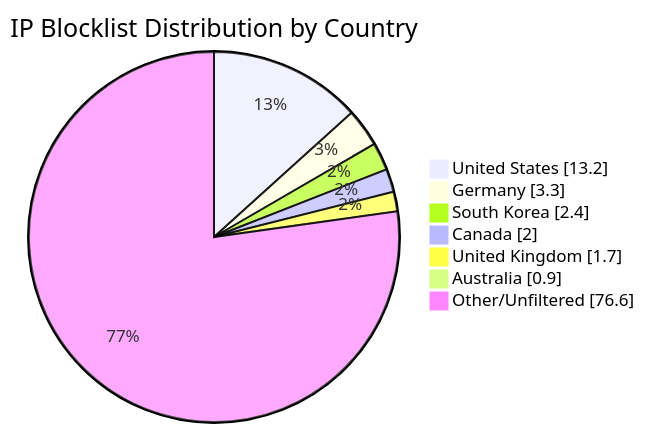
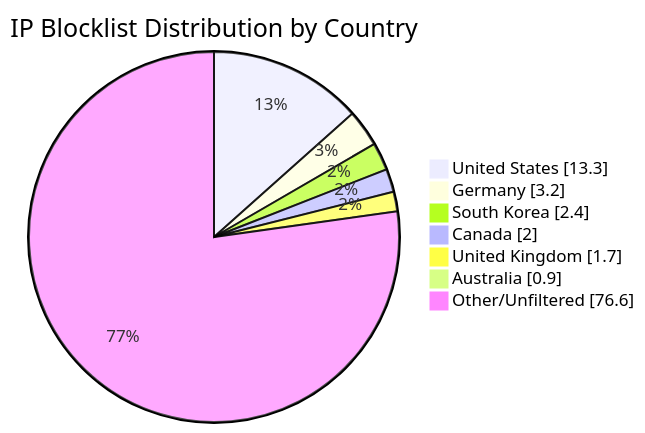
One commit to MarcusHoltz/ipblocklist-geofiltered-aggregator changed the diagram in README.md. Above: the diagram before and after it, drawn with Mermaid. The commit also changed other lines of this file and 9 other files, not shown here.

````diff
--- a/README.md
+++ b/README.md
@@ -34,10 +34,10 @@
 ```mermaid
 pie showData title IP Blocklist Distribution by Country
-"United States" : 13.2
-"Germany" : 3.3
+"United States" : 13.3
+"Germany" : 3.2
 "South Korea" : 2.4
 "Canada" : 2.0
 "United Kingdom" : 1.7
 "Australia" : 0.9
 "Other/Unfiltered" : 76.6
 ```
````
